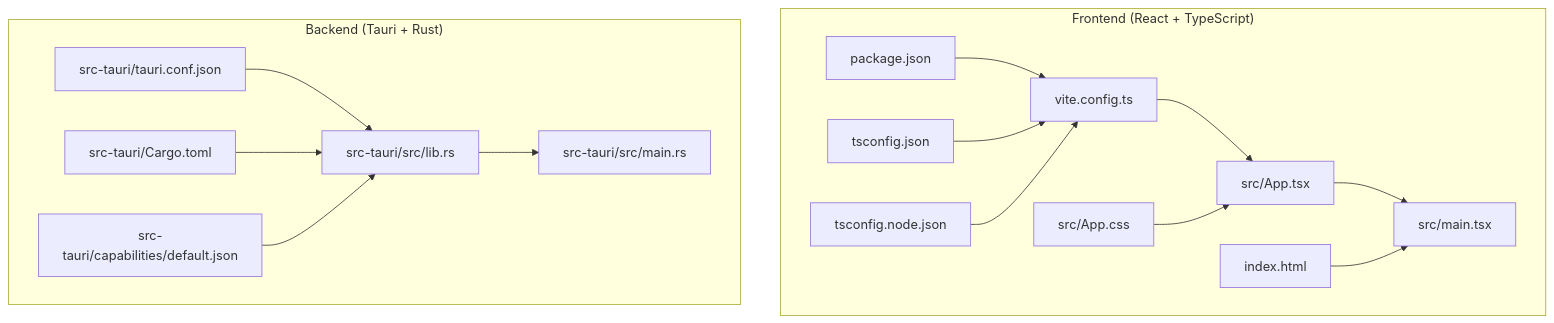
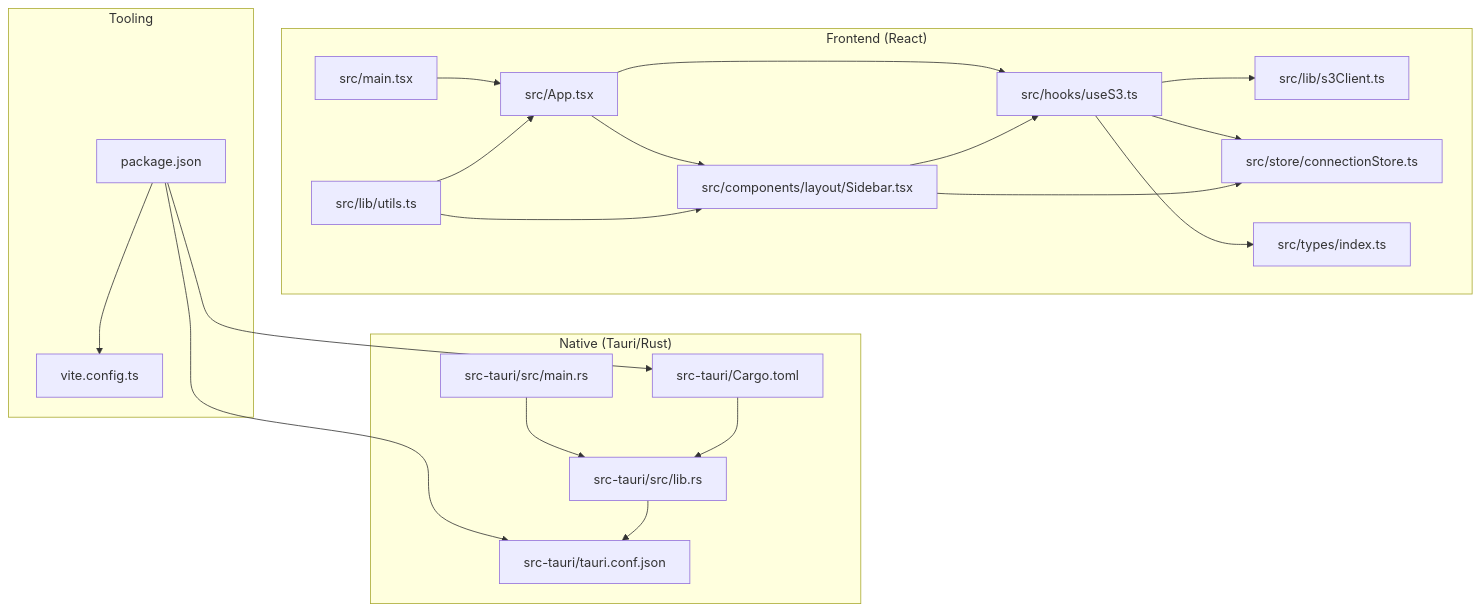
One commit to nasrulhadi/s3-explorer changed the first of 7 diagrams in .qoder/repowiki/en/content/Development Guide.md. Above: the diagram before and after it, drawn with Mermaid. The commit also changed other lines of this file and 46 other files, not shown here.

````diff
--- a/.qoder/repowiki/en/content/Development Guide.md
+++ b/.qoder/repowiki/en/content/Development Guide.md
@@ -49,31 +61,39 @@
 ```mermaid
 graph TB
-subgraph "Frontend (React + TypeScript)"
-FE_Main["src/main.tsx"]
-FE_App["src/App.tsx"]
-FE_CSS["src/App.css"]
-FE_HTML["index.html"]
-FE_TSConfig["tsconfig.json"]
-FE_TSNode["tsconfig.node.json"]
-FE_Vite["vite.config.ts"]
-FE_Pkg["package.json"]
+subgraph "Frontend (React)"
+M["src/main.tsx"]
+A["src/App.tsx"]
+L["src/lib/s3Client.ts"]
+H["src/hooks/useS3.ts"]
+CS["src/store/connectionStore.ts"]
+T["src/types/index.ts"]
+U["src/lib/utils.ts"]
+SB["src/components/layout/Sidebar.tsx"]
 end
-subgraph "Backend (Tauri + Rust)"
-BE_Cfg["src-tauri/tauri.conf.json"]
-BE_Cargo["src-tauri/Cargo.toml"]
-BE_LibRS["src-tauri/src/lib.rs"]
-BE_MainRS["src-tauri/src/main.rs"]
-BE_Cap["src-tauri/capabilities/default.json"]
+subgraph "Native (Tauri/Rust)"
+CR["src-tauri/Cargo.toml"]
+TC["src-tauri/tauri.conf.json"]
+MR["src-tauri/src/main.rs"]
+LR["src-tauri/src/lib.rs"]
 end
-FE_Pkg --> FE_Vite
-FE_TSConfig --> FE_Vite
-FE_TSNode --> FE_Vite
-FE_Vite --> FE_App
-FE_App --> FE_Main
-FE_HTML --> FE_Main
-FE_CSS --> FE_App
-BE_Cfg --> BE_LibRS
-BE_Cargo --> BE_LibRS
-BE_LibRS --> BE_MainRS
-BE_Cap --> BE_LibRS
+subgraph "Tooling"
+PJ["package.json"]
+VC["vite.config.ts"]
+end
+PJ --> VC
+PJ --> CR
+PJ --> TC
+M --> A
+A --> SB
+A --> H
+H --> L
+H --> CS
+H --> T
+SB --> CS
+SB --> H
+U --> A
+U --> SB
+MR --> LR
+LR --> TC
+CR --> LR
 ```
````
